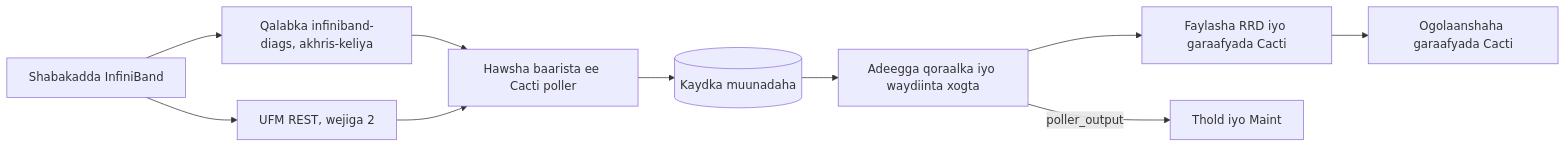
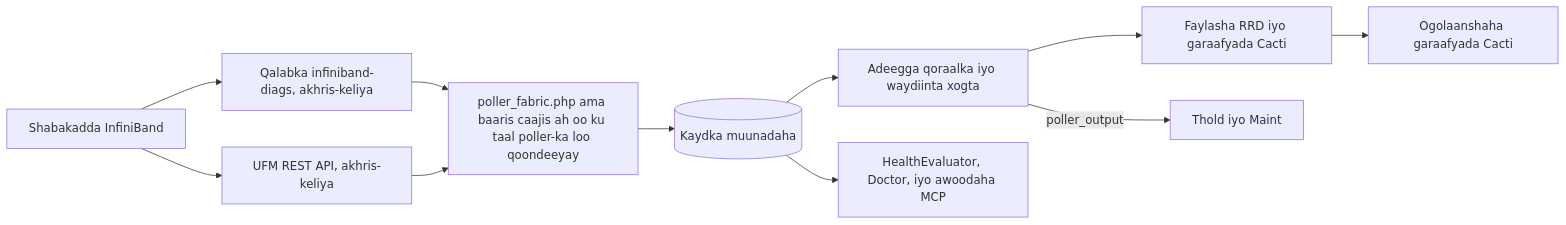
The diagram in docs/i18n/so-SO/README.md (somethingwithproof/plugin_fabric), drawn with Mermaid before and after one commit. The commit also changed other lines of this file and 48 other files, not shown here.

````diff
--- a/docs/i18n/so-SO/README.md
+++ b/docs/i18n/so-SO/README.md
@@ -94,12 +132,13 @@
 ```mermaid
 flowchart LR
     F[Shabakadda InfiniBand] --> T[Qalabka infiniband-diags, akhris-keliya]
-    F --> U[UFM REST, wejiga 2]
-    T --> S[Hawsha baarista ee Cacti poller]
+    F --> U[UFM REST API, akhris-keliya]
+    T --> S[poller_fabric.php ama baaris caajis ah oo ku taal poller-ka loo qoondeeyay]
     U --> S
     S --> C[(Kaydka muunadaha)]
     C --> SS[Adeegga qoraalka iyo waydiinta xogta]
     SS --> R[Faylasha RRD iyo garaafyada Cacti]
     SS -->|poller_output| TH[Thold iyo Maint]
+    C --> H[HealthEvaluator, Doctor, iyo awoodaha MCP]
     R --> P[Ogolaanshaha garaafyada Cacti]
 ```
````
